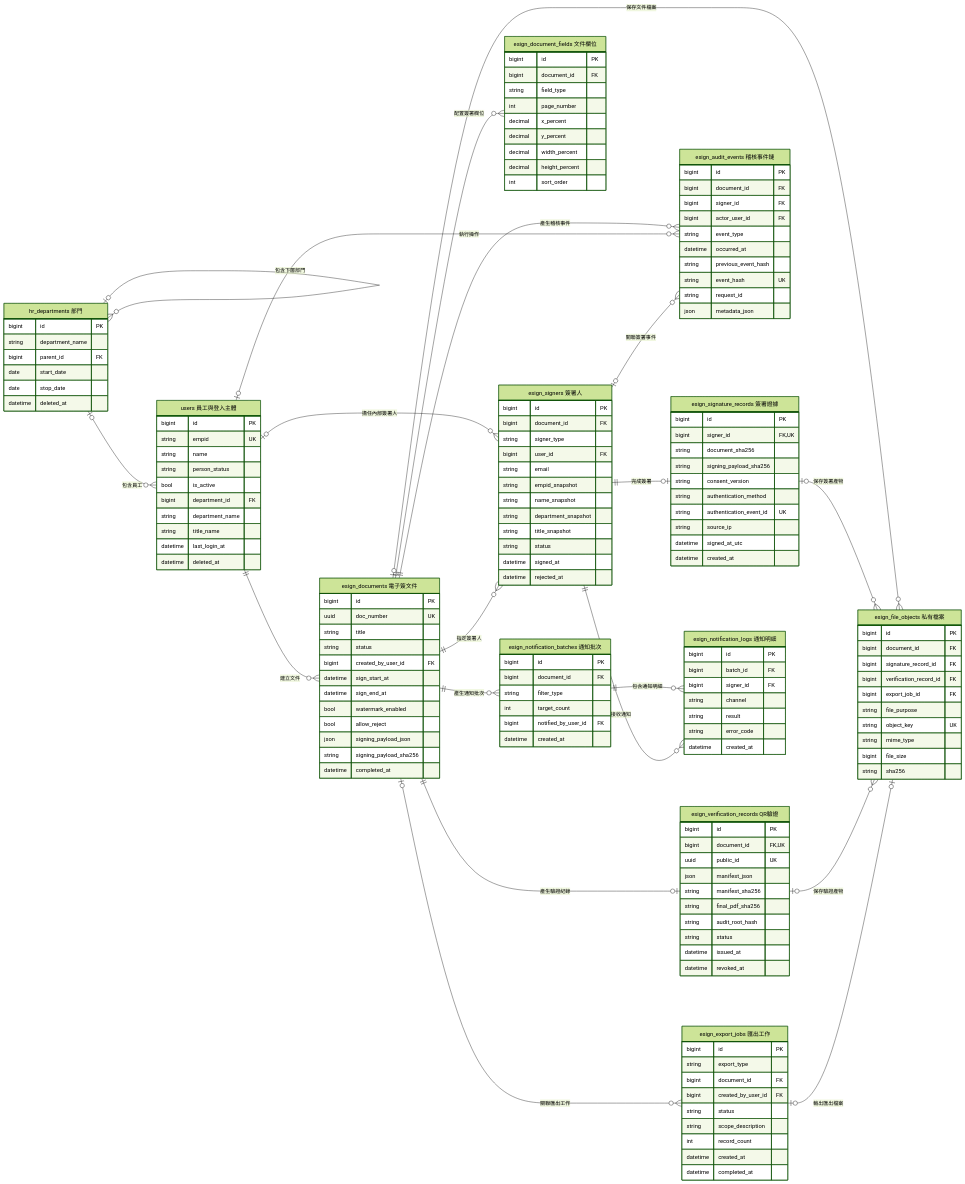
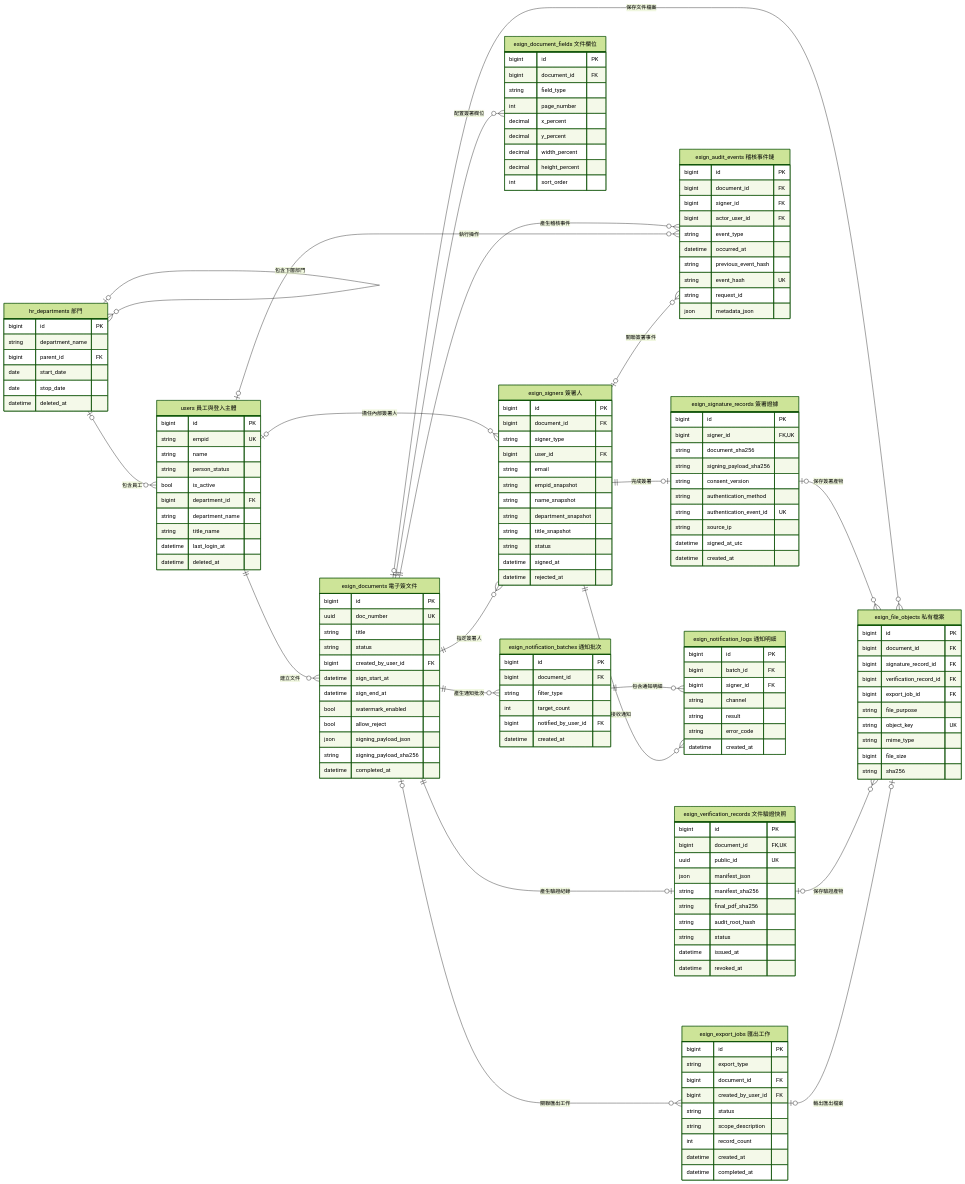
The diagram in server/docs/internal-electronic-signature-er-model.md (Eat2024/feastogether_intranet), drawn with Mermaid (forest theme) before and after one commit. The commit also changed other lines of this file and 13 other files, not shown here.

```diff
--- a/server/docs/internal-electronic-signature-er-model.md
+++ b/server/docs/internal-electronic-signature-er-model.md
@@ -135,7 +135,7 @@
         json metadata_json
     }
 
-    esignVerificationRecords["esign_verification_records QR驗證"] {
+    esignVerificationRecords["esign_verification_records 文件驗證快照"] {
         bigint id PK
         bigint document_id FK, UK
         uuid public_id UK
```
